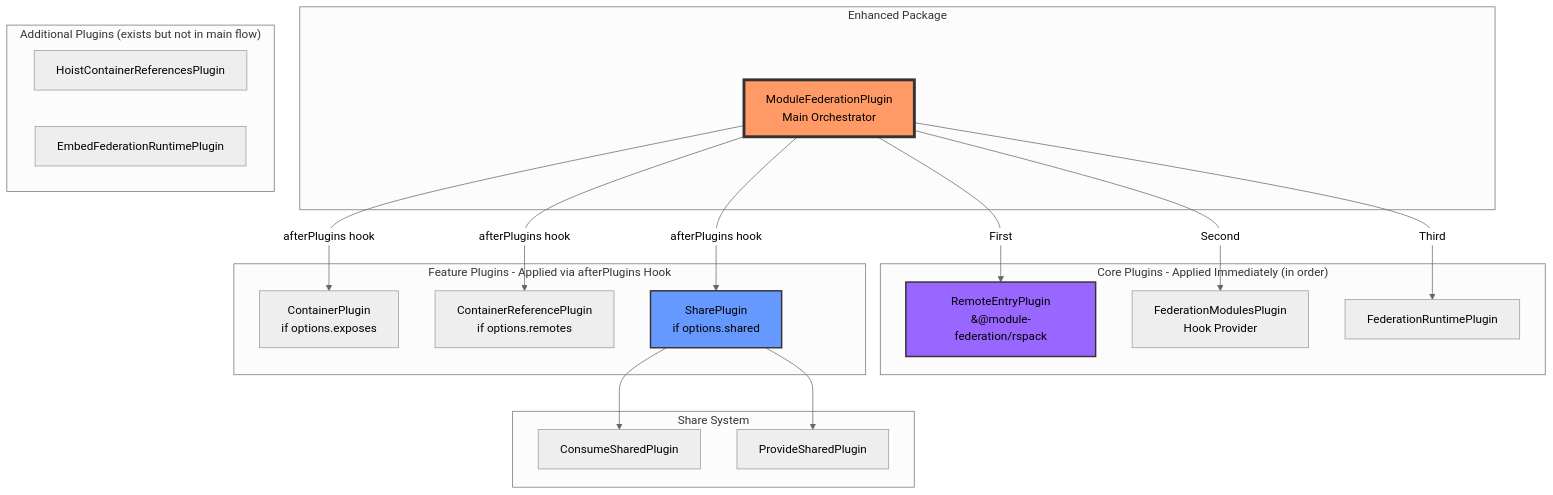
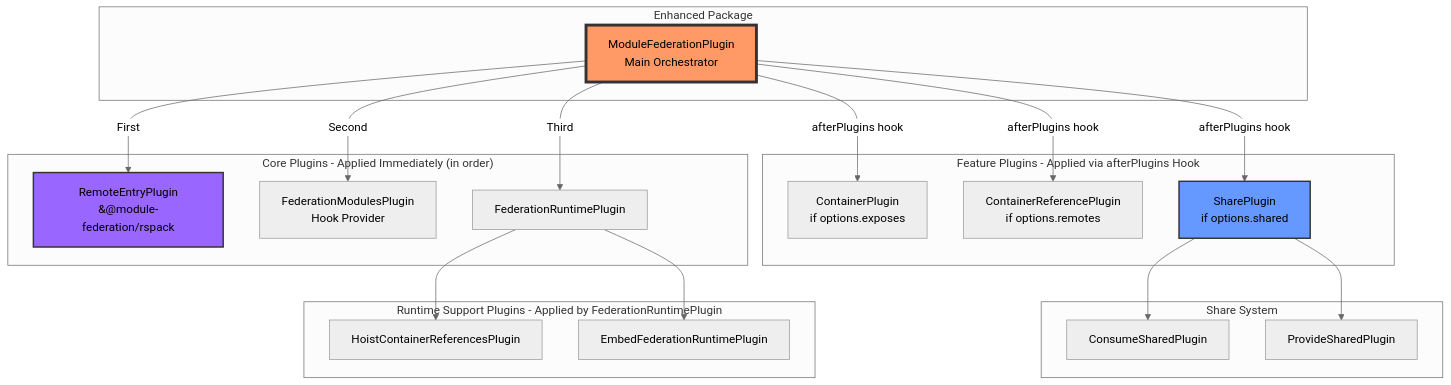
One commit to module-federation/core changed the first of 5 diagrams in arch-doc/plugin-architecture.md. Above: the diagram before and after it, drawn with Mermaid (neutral theme). The commit also changed other lines of this file and 17 other files, not shown here.

Commit message:
docs: correct factual inaccuracies in architecture docs (#4861)

````diff
--- a/arch-doc/plugin-architecture.md
+++ b/arch-doc/plugin-architecture.md
@@ -33,42 +33,45 @@
 ```mermaid
 graph TB
     subgraph "Enhanced Package"
         MFP[ModuleFederationPlugin<br/>Main Orchestrator]
     end
 
     subgraph "Core Plugins - Applied Immediately (in order)"
         REP[RemoteEntryPlugin<br/>&#64;module-federation/rspack]
         FMP[FederationModulesPlugin<br/>Hook Provider]
         FRP[FederationRuntimePlugin]
     end
 
     subgraph "Feature Plugins - Applied via afterPlugins Hook"
         CP[ContainerPlugin<br/>if options.exposes]
         CRP[ContainerReferencePlugin<br/>if options.remotes]
         SP[SharePlugin<br/>if options.shared]
     end
 
     subgraph "Share System"
         CSP[ConsumeSharedPlugin]
         PSP[ProvideSharedPlugin]
     end
 
-    subgraph "Additional Plugins (exists but not in main flow)"
+    subgraph "Runtime Support Plugins - Applied by FederationRuntimePlugin"
         HCP[HoistContainerReferencesPlugin]
         EFRP[EmbedFederationRuntimePlugin]
     end
 
     MFP -->|"First"| REP
     MFP -->|"Second"| FMP
     MFP -->|"Third"| FRP
     MFP -->|"afterPlugins hook"| CP
     MFP -->|"afterPlugins hook"| CRP
     MFP -->|"afterPlugins hook"| SP
 
+    FRP --> EFRP
+    FRP --> HCP
+
     SP --> CSP
     SP --> PSP
 
     style MFP fill:#f96,stroke:#333,stroke-width:4px
     style REP fill:#96f,stroke:#333,stroke-width:2px
     style SP fill:#69f,stroke:#333,stroke-width:2px
 ```
````
